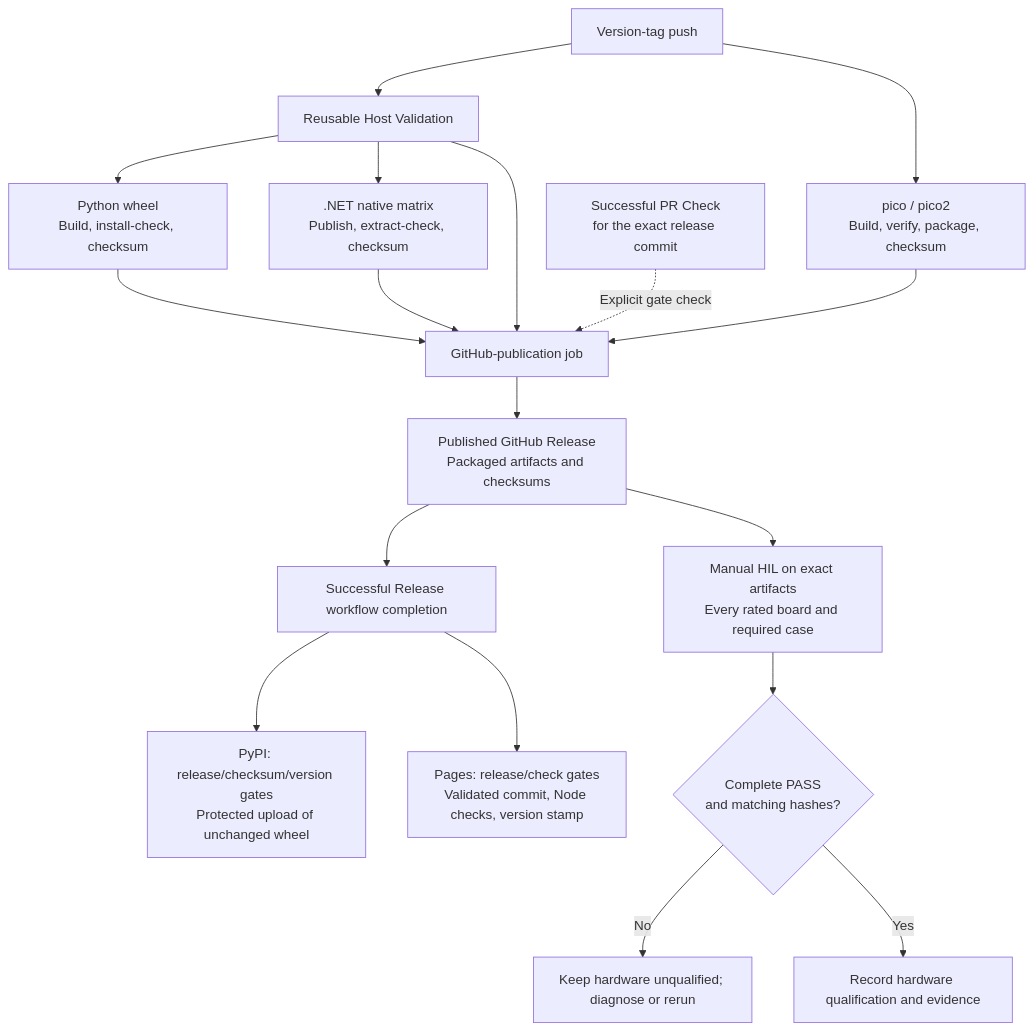
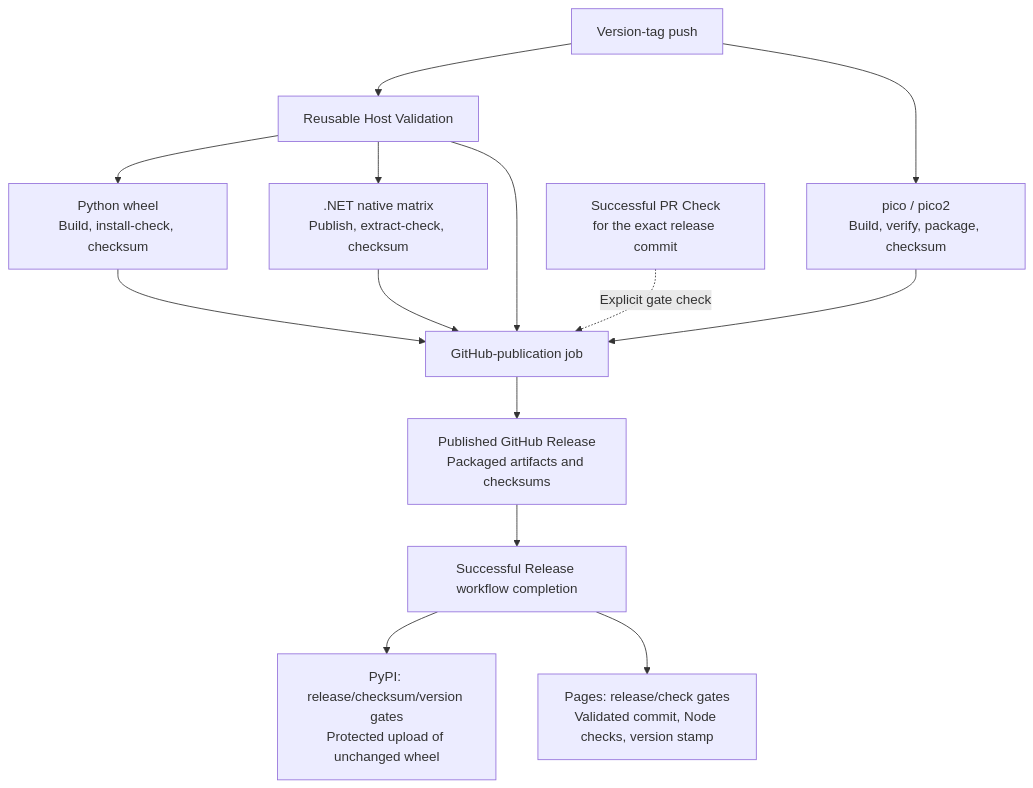
One commit to djwinter29-oss/PicoUart changed the third of 3 diagrams in docs/development/github-actions.md. Above: the diagram before and after it, drawn with Mermaid. The commit also changed other lines of this file and 38 other files, not shown here.

````diff
--- a/docs/development/github-actions.md
+++ b/docs/development/github-actions.md
@@ -72,20 +53,16 @@
 ```mermaid
 flowchart TD
   Tag["Version-tag push"] --> Host["Reusable Host Validation"]
   Tag --> Firmware["pico / pico2<br/>Build, verify, package, checksum"]
   Host --> Python["Python wheel<br/>Build, install-check, checksum"]
   Host --> Dotnet[".NET native matrix<br/>Publish, extract-check, checksum"]
   Host --> Gate["GitHub-publication job"]
   Firmware --> Gate
   Python --> Gate
   Dotnet --> Gate
   PR["Successful PR Check<br/>for the exact release commit"] -.->|"Explicit gate check"| Gate
   Gate --> Release["Published GitHub Release<br/>Packaged artifacts and checksums"]
   Release --> Complete["Successful Release workflow completion"]
   Complete --> PyPI["PyPI: release/checksum/version gates<br/>Protected upload of unchanged wheel"]
   Complete --> Pages["Pages: release/check gates<br/>Validated commit, Node checks, version stamp"]
-  Release --> HIL["Manual HIL on exact artifacts<br/>Every rated board and required case"]
-  HIL --> Qualified{"Complete PASS<br/>and matching hashes?"}
-  Qualified -->|"No"| Hold["Keep hardware unqualified; diagnose or rerun"]
-  Qualified -->|"Yes"| Record["Record hardware qualification and evidence"]
 ```
````
